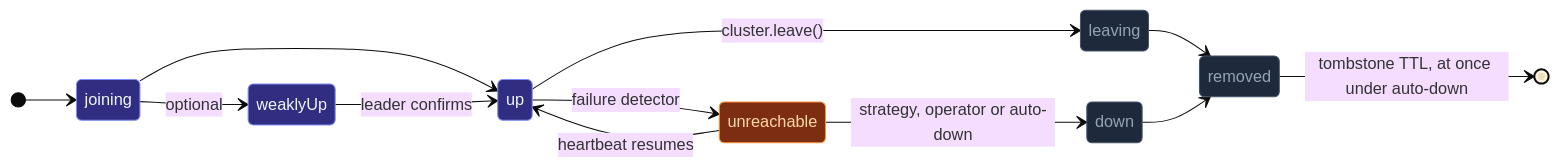
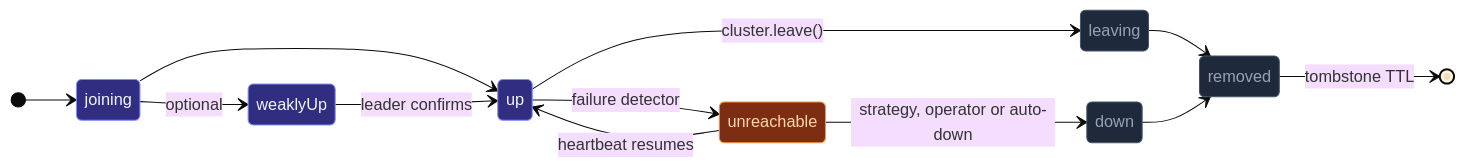
One commit to pathosDev/actor-ts changed the diagram in docs/src/content/docs/cluster/overview.mdx. Above: the diagram before and after it, drawn with Mermaid (base theme). The commit also changed other lines of this file and 24 other files, not shown here.

````diff
--- a/docs/src/content/docs/cluster/overview.mdx
+++ b/docs/src/content/docs/cluster/overview.mdx
@@ -152,21 +152,21 @@
 ```mermaid
 stateDiagram-v2
   direction LR
   [*] --> joining
   joining --> weaklyUp: optional
   joining --> up
   weaklyUp --> up: leader confirms
   up --> unreachable: failure detector
   unreachable --> up: heartbeat resumes
   unreachable --> down: strategy, operator or auto-down
   up --> leaving: cluster.leave()
   leaving --> removed
   down --> removed
-  removed --> [*]: tombstone TTL, at once under auto-down
+  removed --> [*]: tombstone TTL
   classDef happy   fill:#312e81,stroke:#818cf8,color:#f1f5f9;
   classDef warn    fill:#7c2d12,stroke:#fb923c,color:#fed7aa;
   classDef gone    fill:#1e293b,stroke:#475569,color:#94a3b8;
   class joining,weaklyUp,up happy
   class unreachable warn
   class leaving,down,removed gone
 ```
````
